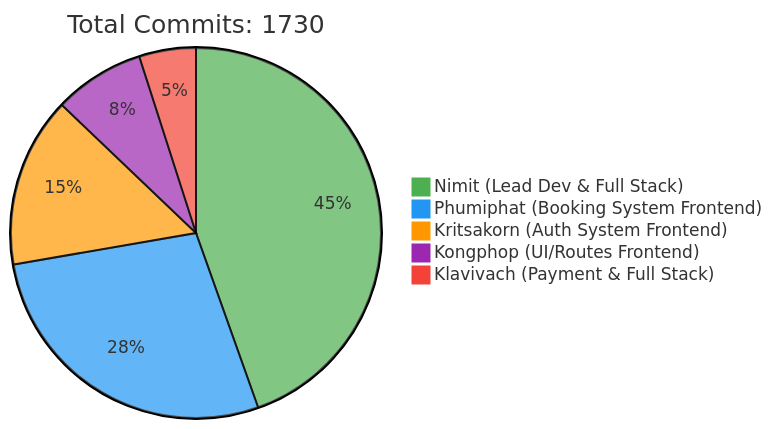
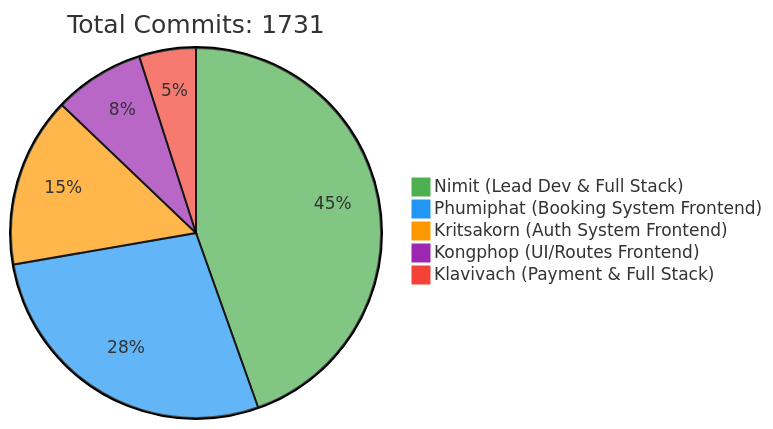
The first of 2 diagrams in README.md (6531503042/Sport-Complex), drawn with Mermaid before and after one commit. The commit also changed other lines of this file, not shown here.

Commit message:
docs: Update contributor statistics [skip ci]

````diff
--- a/README.md
+++ b/README.md
@@ -257,10 +257,10 @@
 ```mermaid
 %%{init: {'theme': 'base', 'themeVariables': { 'pie1': '#4CAF50', 'pie2': '#2196F3', 'pie3': '#FF9800', 'pie4': '#9C27B0', 'pie5': '#F44336'}}}%%
 pie
-    title Total Commits: 1730
+    title Total Commits: 1731
     "Nimit (Lead Dev & Full Stack)" : 450
     "Phumiphat (Booking System Frontend)" : 280
     "Kritsakorn (Auth System Frontend)" : 150
     "Kongphop (UI/Routes Frontend)" : 80
     "Klavivach (Payment & Full Stack)" : 50
 ```
````
